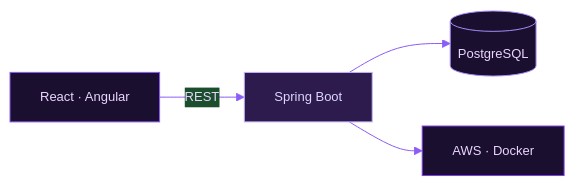
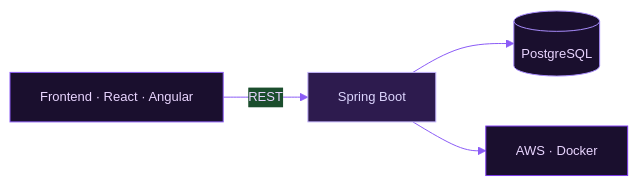
The diagram in README.md (KarolDiniz/KarolDiniz), drawn with Mermaid before and after one commit. The commit also changed other lines of this file, not shown here.

Commit message:
docs: traduz perfil para portugues e menciona frontend

````diff
--- a/README.md
+++ b/README.md
@@ -79,11 +79,11 @@
 ```mermaid
 %%{init: {'theme': 'base', 'themeVariables': { 'primaryColor': '#2d1b4e', 'primaryTextColor': '#e9d5ff', 'primaryBorderColor': '#a78bfa', 'lineColor': '#8b5cf6', 'fontSize': '13px'}}}%%
 flowchart LR
-  UI["React · Angular"] -->|REST| SB["Spring Boot"]
+  UI["Frontend · React · Angular"] -->|REST| SB["Spring Boot"]
   SB --> PG[("PostgreSQL")]
   SB --> AWS["AWS · Docker"]
   style UI fill:#1a0f2e,stroke:#8b5cf6,color:#e9d5ff
   style SB fill:#2d1b4e,stroke:#c4b5fd,color:#ddd6fe
   style PG fill:#1a0f2e,stroke:#a78bfa,color:#e9d5ff
   style AWS fill:#1a0f2e,stroke:#7c3aed,color:#e9d5ff
 ```
````
